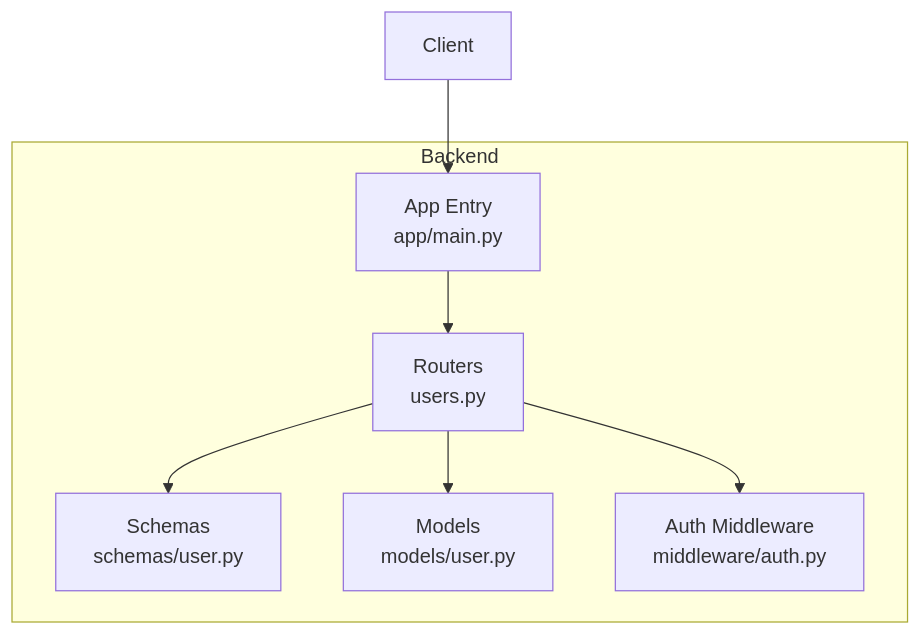
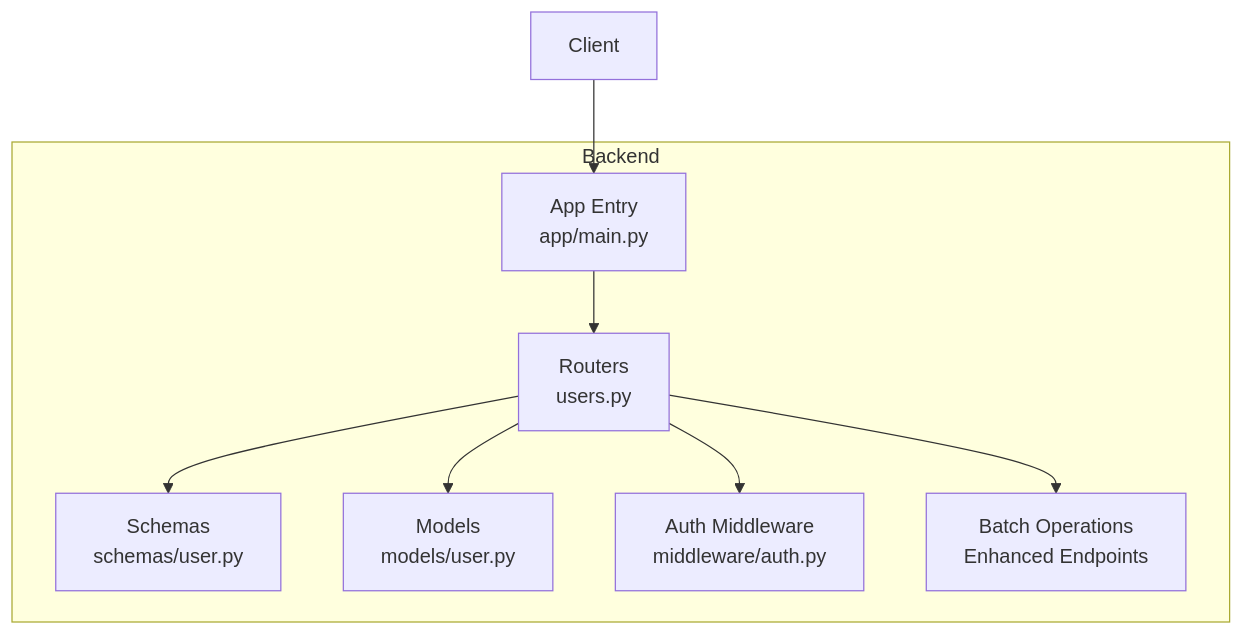
Before and after one commit to 14Lucifer/hackathon_ecs_creator: the first of 3 diagrams in .qoder/repowiki/en/content/API Reference/User Management API.md, drawn with Mermaid. The commit also changed other lines of this file and 96 other files, not shown here.

````diff
--- a/.qoder/repowiki/en/content/API Reference/User Management API.md
+++ b/.qoder/repowiki/en/content/API Reference/User Management API.md
@@ -33,15 +43,17 @@
 ```mermaid
 graph TB
 subgraph "Backend"
 R["Routers<br/>users.py"]
 S["Schemas<br/>schemas/user.py"]
 M["Models<br/>models/user.py"]
 A["Auth Middleware<br/>middleware/auth.py"]
 App["App Entry<br/>app/main.py"]
+B["Batch Operations<br/>Enhanced Endpoints"]
 end
 Client["Client"] --> App
 App --> R
 R --> S
 R --> M
 R --> A
+R --> B
 ```
````
